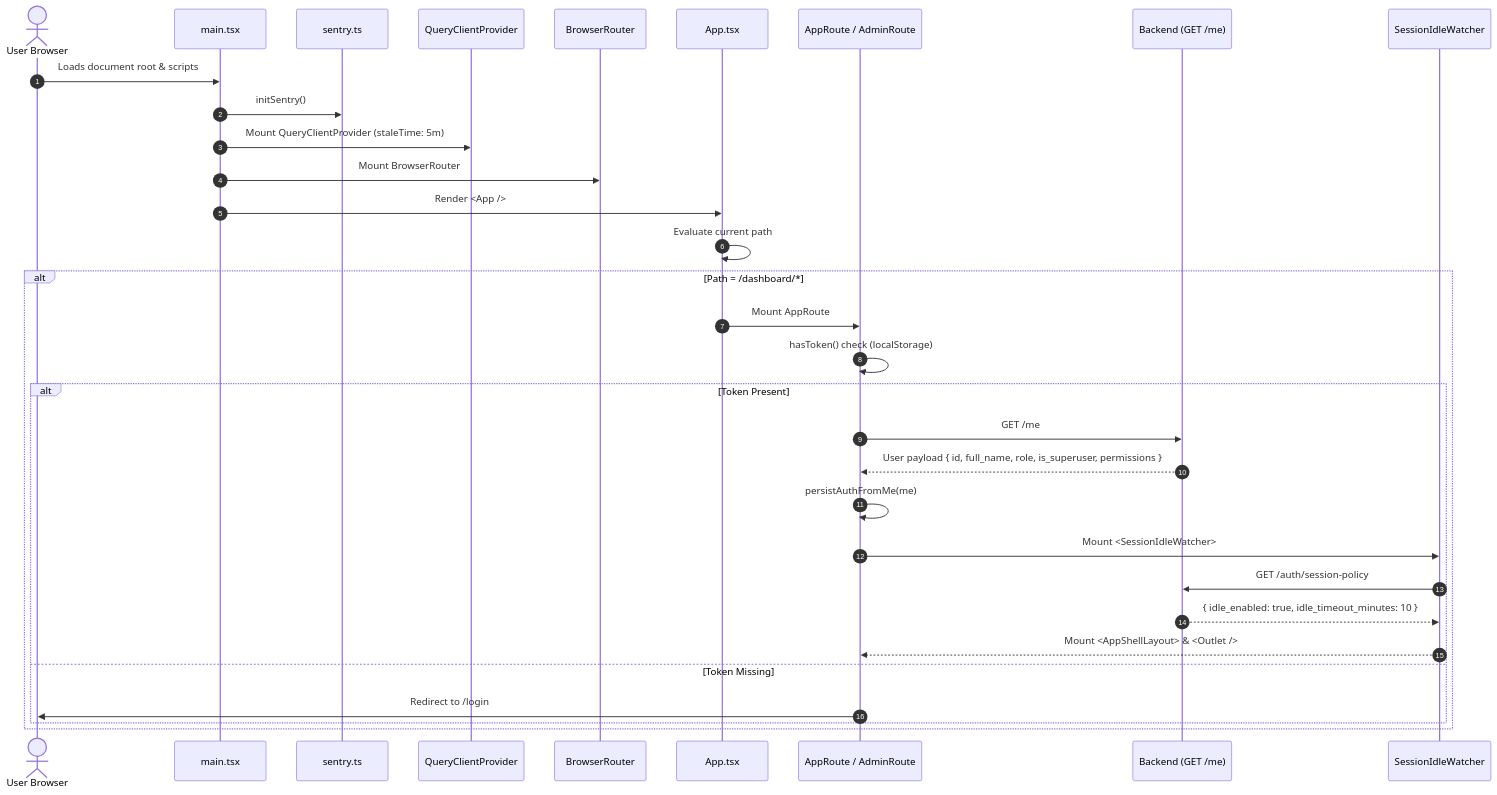
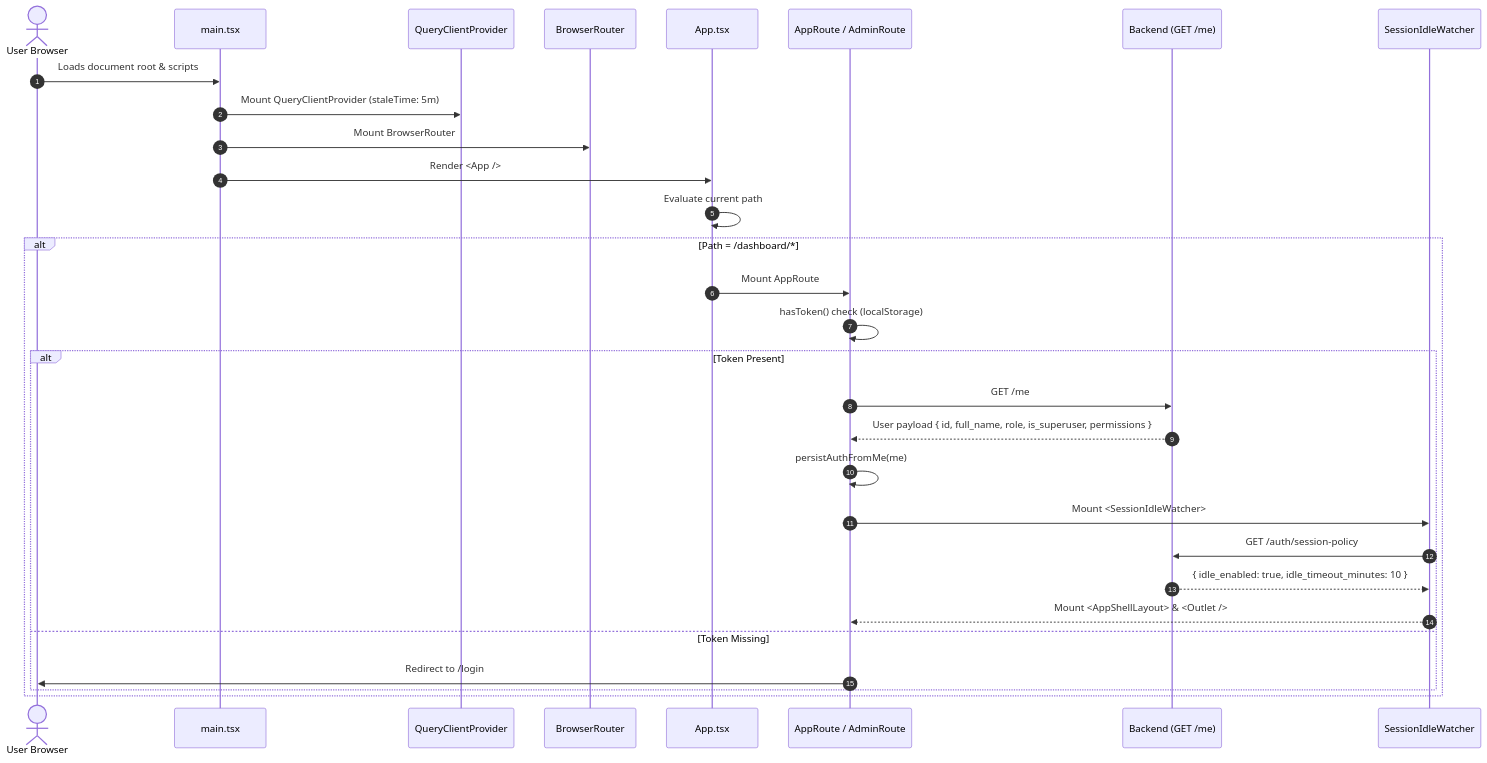
The first of 3 diagrams in frontend/FRONTEND_CODEBASE_AUDIT.md (ShubhamTimad/ATTZydusWellness), drawn with Mermaid before and after one commit. The commit also changed other lines of this file and 93 other files, not shown here.

````diff
--- a/frontend/FRONTEND_CODEBASE_AUDIT.md
+++ b/frontend/FRONTEND_CODEBASE_AUDIT.md
@@ -256,35 +254,33 @@
 ```mermaid
 sequenceDiagram
     autonumber
     actor Browser as User Browser
     participant Main as main.tsx
-    participant Sentry as sentry.ts
     participant QC as QueryClientProvider
     participant Router as BrowserRouter
     participant App as App.tsx
     participant AppRoute as AppRoute / AdminRoute
     participant API as Backend (GET /me)
     participant Session as SessionIdleWatcher
 
     Browser->>Main: Loads document root & scripts
-    Main->>Sentry: initSentry()
     Main->>QC: Mount QueryClientProvider (staleTime: 5m)
     Main->>Router: Mount BrowserRouter
     Main->>App: Render <App />
     App->>App: Evaluate current path
     alt Path = /dashboard/*
         App->>AppRoute: Mount AppRoute
         AppRoute->>AppRoute: hasToken() check (localStorage)
         alt Token Present
             AppRoute->>API: GET /me
             API-->>AppRoute: User payload { id, full_name, role, is_superuser, permissions }
             AppRoute->>AppRoute: persistAuthFromMe(me)
             AppRoute->>Session: Mount <SessionIdleWatcher>
             Session->>API: GET /auth/session-policy
             API-->>Session: { idle_enabled: true, idle_timeout_minutes: 10 }
             Session-->>AppRoute: Mount <AppShellLayout> & <Outlet />
         else Token Missing
             AppRoute->>Browser: Redirect to /login
         end
     end
 ```
````
